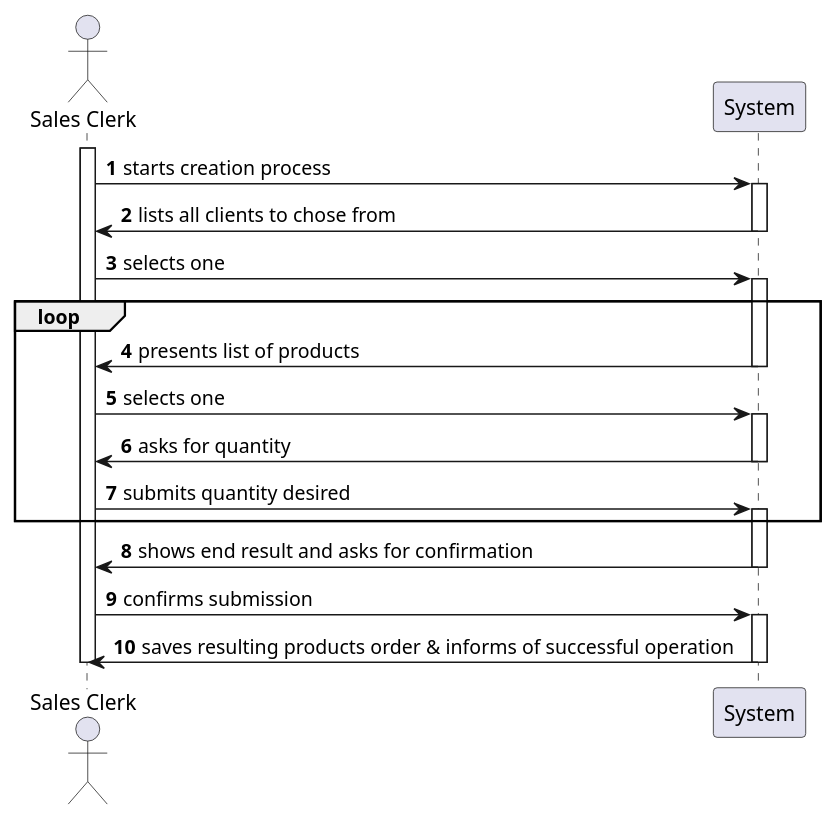
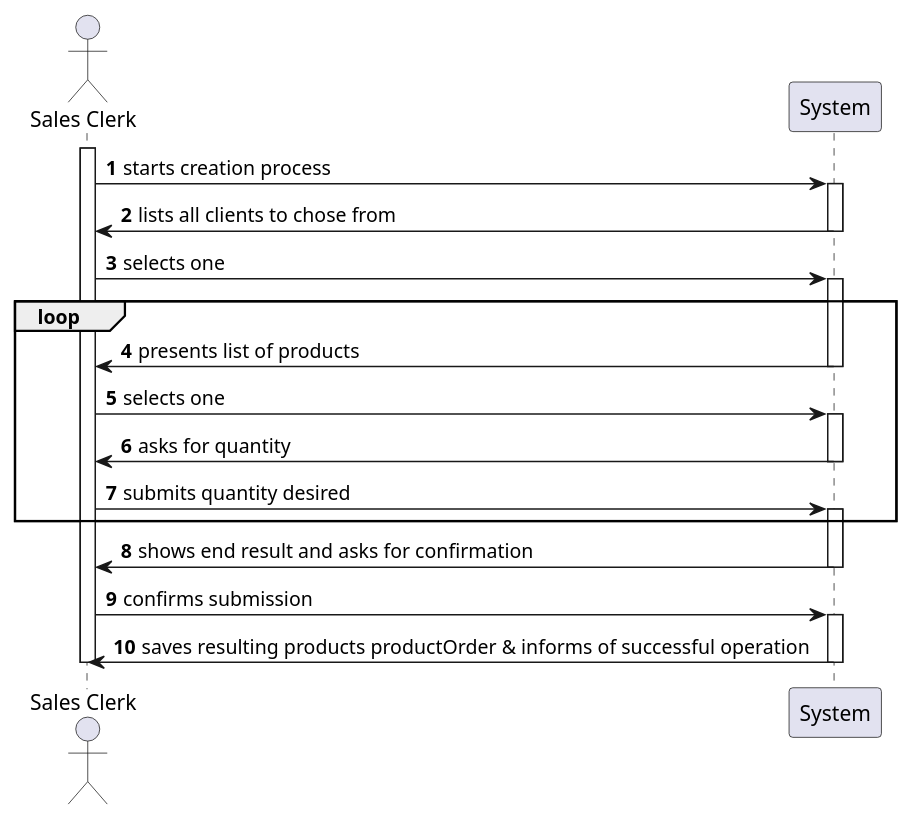
The diagram in docs/1191008/US1004/US1004_SSD.puml (RuiRioPina/LAPR4-21-22), drawn with PlantUML before and after one commit. The commit also changed 2 other files, not shown here.

```diff
--- a/docs/1191008/US1004/US1004_SSD.puml
+++ b/docs/1191008/US1004/US1004_SSD.puml
@@ -1,34 +1,34 @@
 @startuml
 autonumber
 
 actor "Sales Clerk" as ACT
 participant "System" as SYS
 
 activate ACT
 ACT -> SYS : starts creation process
 activate SYS
 SYS -> ACT : lists all clients to chose from
 deactivate SYS
 ACT -> SYS : selects one
 
 loop
 activate SYS
 SYS -> ACT : presents list of products
 deactivate SYS
 ACT -> SYS : selects one
 activate SYS
 SYS -> ACT : asks for quantity
 deactivate SYS
 ACT -> SYS : submits quantity desired
 activate SYS
 end loop
 
 SYS -> ACT : shows end result and asks for confirmation
 deactivate SYS
 ACT -> SYS : confirms submission
 activate SYS
-SYS -> ACT : saves resulting products order & informs of successful operation
+SYS -> ACT : saves resulting products productOrder & informs of successful operation
 deactivate SYS
 deactivate ACT
 
 @enduml
```
